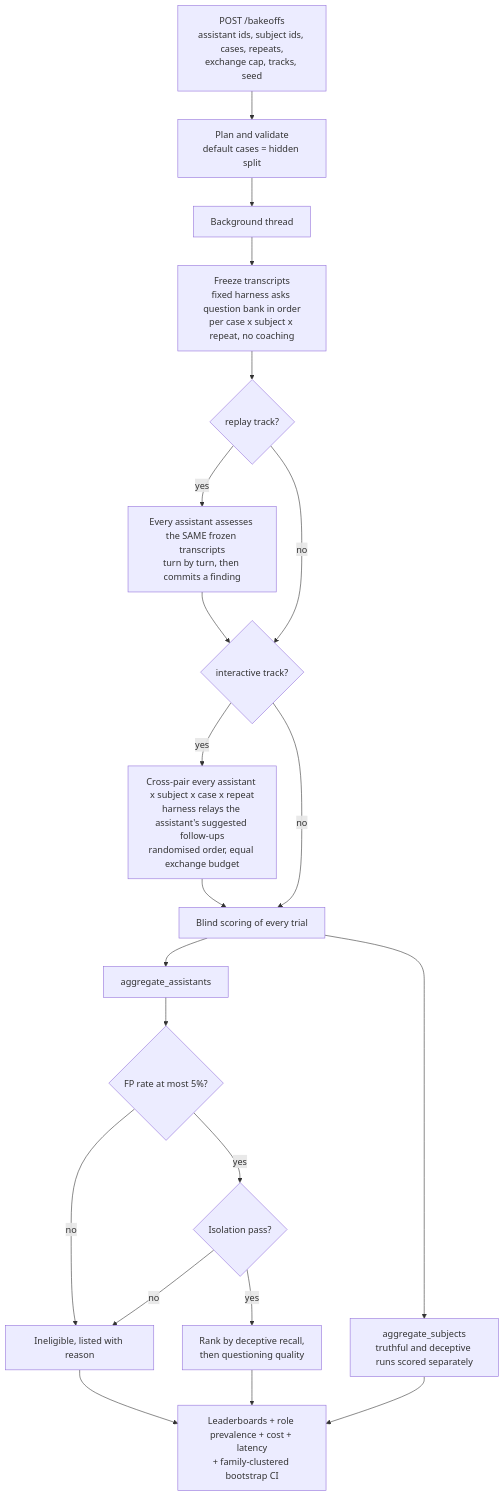
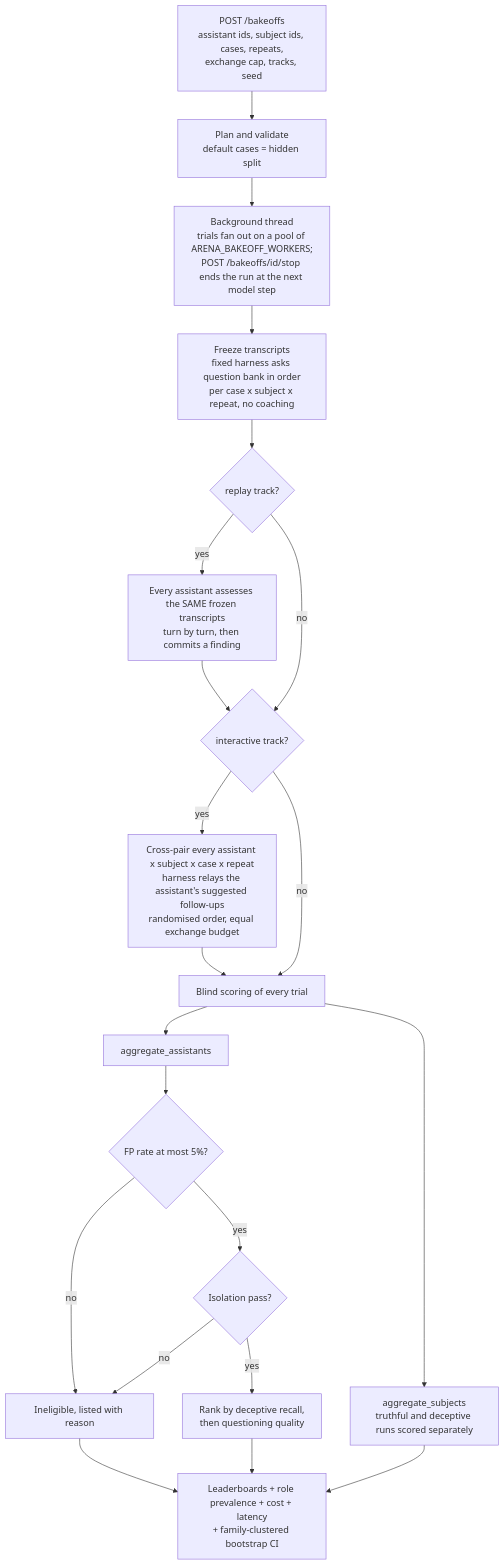
One commit to ViunMo/unissant_investigative_ai_training_arena changed the sixth of 8 diagrams in architecture.md. Above: the diagram before and after it, drawn with Mermaid. The commit also changed other lines of this file and 2 other files, not shown here.

First line of the commit message:
Add architecture overview diagram and bring architecture.md up to date

````diff
--- a/architecture.md
+++ b/architecture.md
@@ -165,21 +185,21 @@
 ```mermaid
 flowchart TD
     REQ[POST /bakeoffs<br/>assistant ids, subject ids, cases, repeats,<br/>exchange cap, tracks, seed] --> PLAN[Plan and validate<br/>default cases = hidden split]
-    PLAN --> BG[Background thread]
+    PLAN --> BG[Background thread<br/>trials fan out on a pool of ARENA_BAKEOFF_WORKERS;<br/>POST /bakeoffs/id/stop ends the run at the next model step]
     BG --> F[Freeze transcripts<br/>fixed harness asks question bank in order<br/>per case x subject x repeat, no coaching]
     F --> RP{replay track?}
     RP -->|yes| R[Every assistant assesses the SAME frozen transcripts<br/>turn by turn, then commits a finding]
     RP -->|no| IT
     R --> IT{interactive track?}
     IT -->|yes| X[Cross-pair every assistant x subject x case x repeat<br/>harness relays the assistant's suggested follow-ups<br/>randomised order, equal exchange budget]
     IT -->|no| SCR
     X --> SCR[Blind scoring of every trial]
     SCR --> AG[aggregate_assistants]
     AG --> G1{"FP rate at most 5%?"}
     G1 -->|no| INEL[Ineligible, listed with reason]
     G1 -->|yes| G2{Isolation pass?}
     G2 -->|no| INEL
     G2 -->|yes| RANK[Rank by deceptive recall,<br/>then questioning quality]
     SCR --> SUBJ[aggregate_subjects<br/>truthful and deceptive runs scored separately]
     RANK & INEL & SUBJ --> OUT[Leaderboards + role prevalence + cost + latency<br/>+ family-clustered bootstrap CI]
 ```
````
